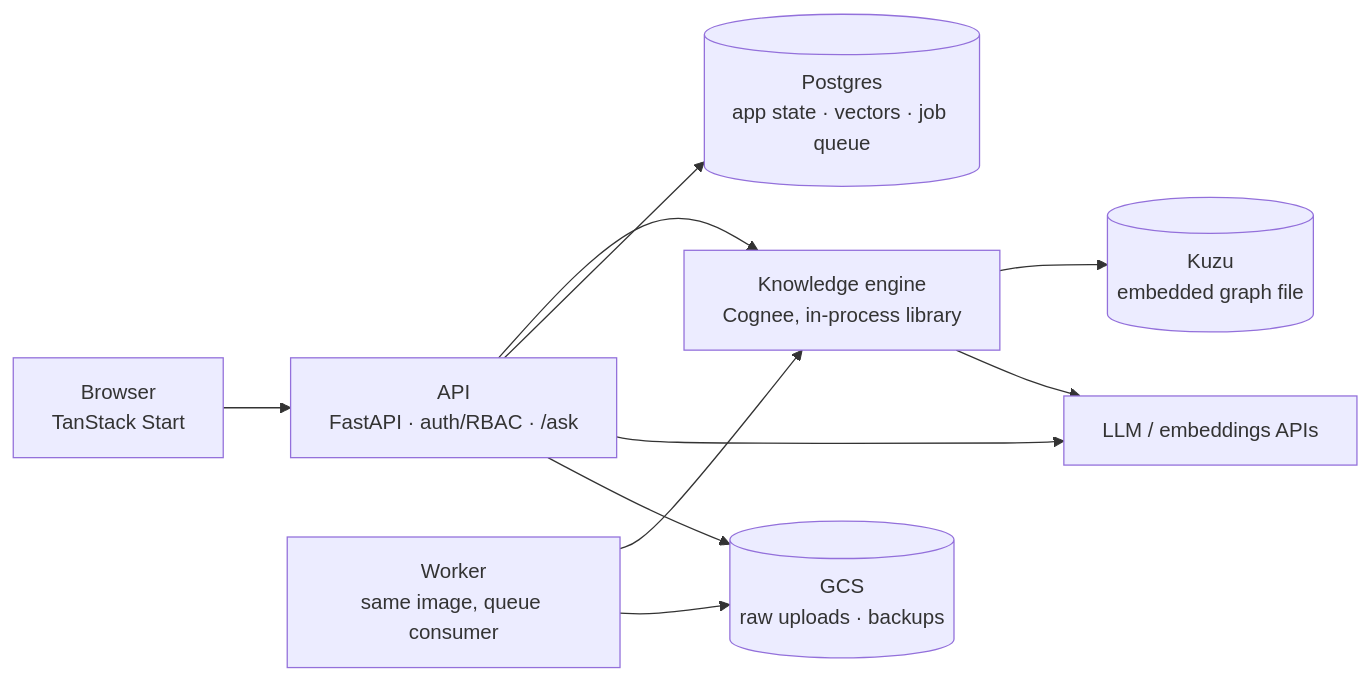
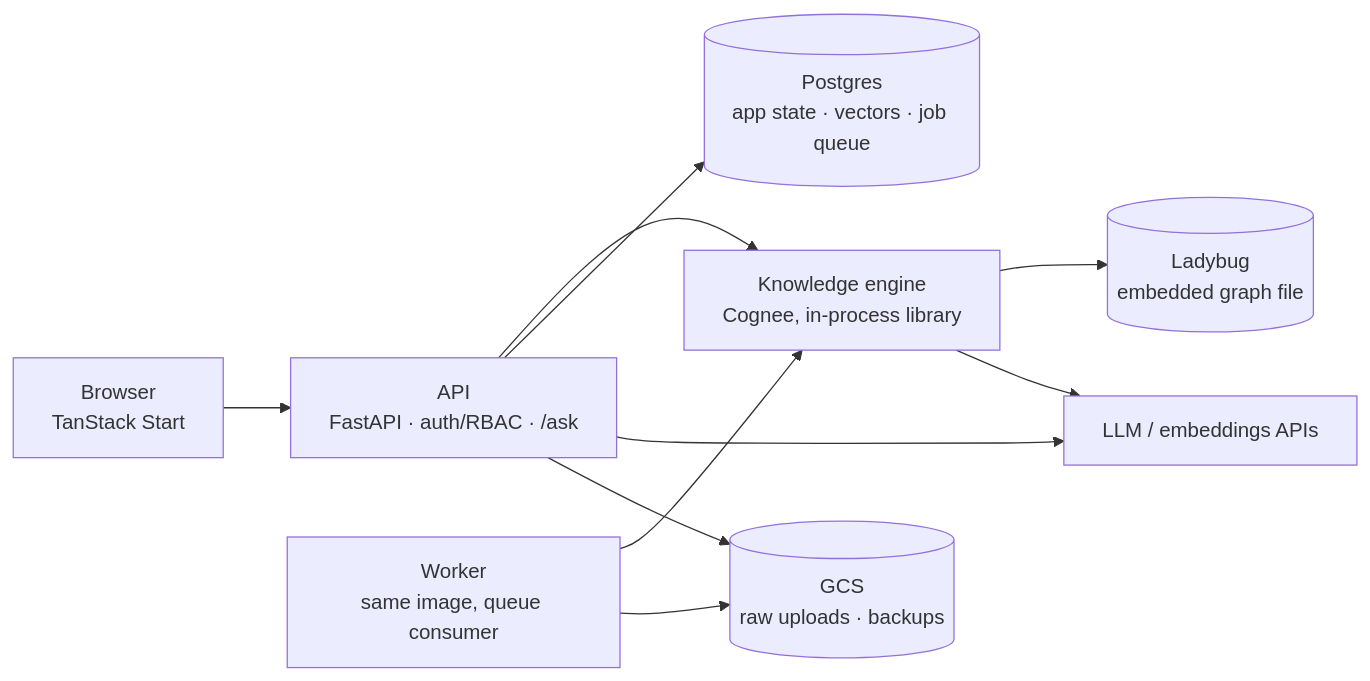
One commit to xplus2g4/Lattice changed the diagram in docs/wiki/architecture.md. Above: the diagram before and after it, drawn with Mermaid. The commit also changed other lines of this file and 23 other files, not shown here.

````diff
--- a/docs/wiki/architecture.md
+++ b/docs/wiki/architecture.md
@@ -22,10 +22,10 @@
 ```mermaid
 flowchart LR
   B["Browser<br/>TanStack Start"] --> A["API<br/>FastAPI · auth/RBAC · /ask"]
   A --> K["Knowledge engine<br/>Cognee, in-process library"]
   A --> P[("Postgres<br/>app state · vectors · job queue")]
   W["Worker<br/>same image, queue consumer"] --> K
-  K --> G[("Kuzu<br/>embedded graph file")]
+  K --> G[("Ladybug<br/>embedded graph file")]
   K & A --> L["LLM / embeddings APIs"]
   A & W --> S[("GCS<br/>raw uploads · backups")]
 ```
````
